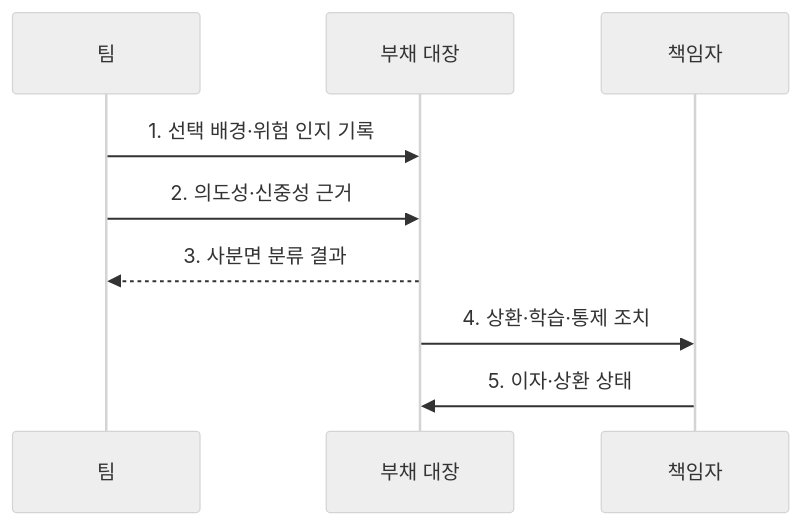
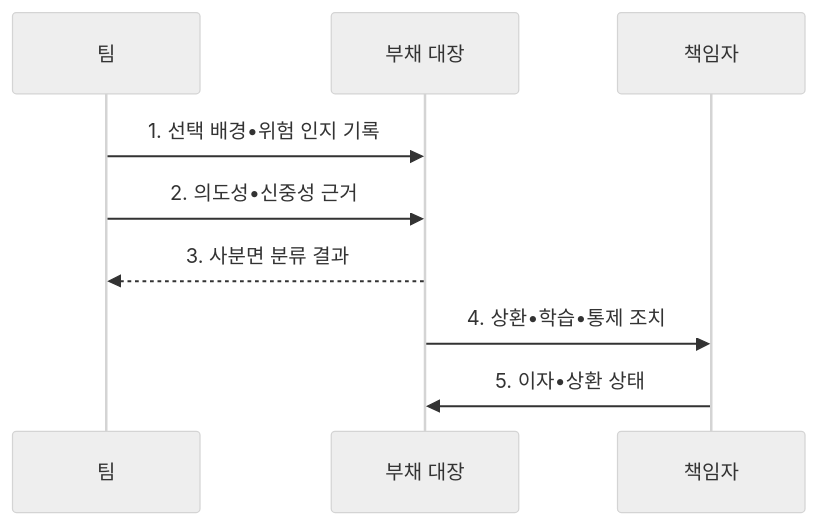
Before and after one commit to agnusdei1207/knowledge-base: the second of 2 diagrams in src/content/docs/notes/03-software/066_technical_debt_quadrant.md, drawn with Mermaid (neutral theme). The commit also changed other lines of this file and 953 other files, not shown here.

````diff
--- a/src/content/docs/notes/03-software/066_technical_debt_quadrant.md
+++ b/src/content/docs/notes/03-software/066_technical_debt_quadrant.md
@@ -103,11 +103,11 @@
 ```mermaid
 sequenceDiagram
     participant T as 팀
     participant R as 부채 대장
     participant O as 책임자
-    T->>R: 1. 선택 배경·위험 인지 기록
-    T->>R: 2. 의도성·신중성 근거
+    T->>R: 1. 선택 배경•위험 인지 기록
+    T->>R: 2. 의도성•신중성 근거
     R-->>T: 3. 사분면 분류 결과
-    R->>O: 4. 상환·학습·통제 조치
-    O->>R: 5. 이자·상환 상태
+    R->>O: 4. 상환•학습•통제 조치
+    O->>R: 5. 이자•상환 상태
 ```
````
